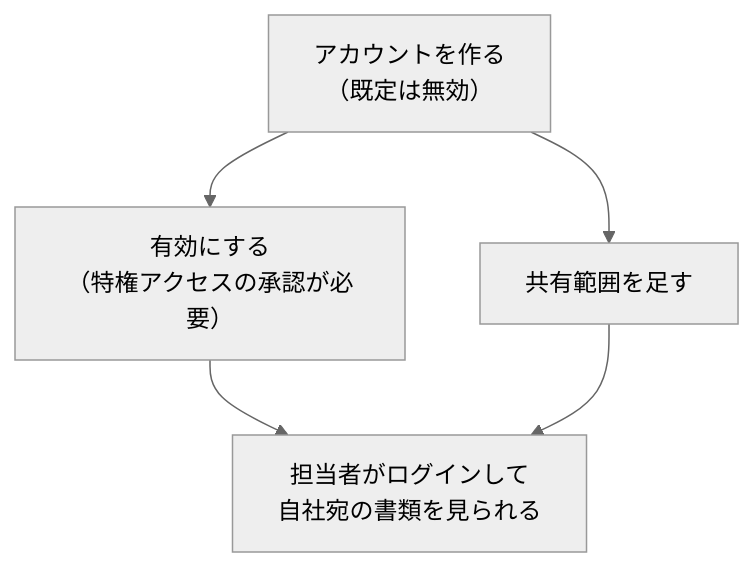
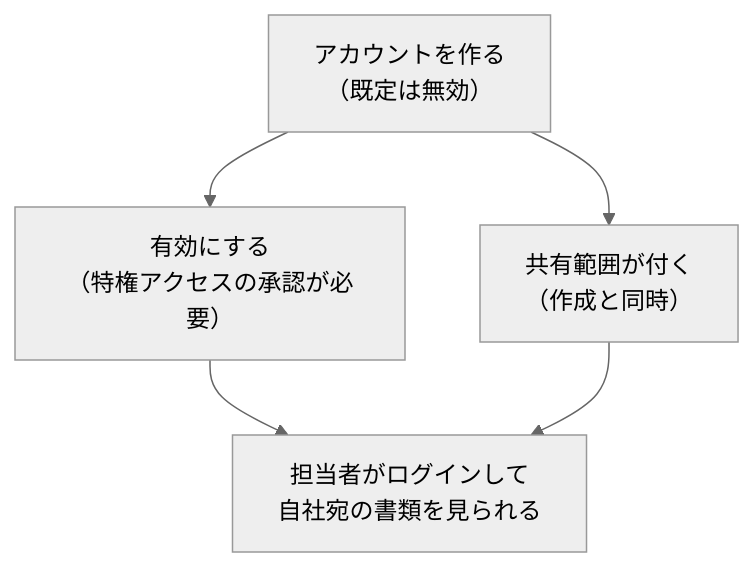
One commit to Kuisin/ckk-tool-v3 changed the diagram in coolify/apps/nextjs-web/content/manual/operations/system/portal/user.md. Above: the diagram before and after it, drawn with Mermaid (neutral theme). The commit also changed other lines of this file and 89 other files, not shown here.

````diff
--- a/coolify/apps/nextjs-web/content/manual/operations/system/portal/user.md
+++ b/coolify/apps/nextjs-web/content/manual/operations/system/portal/user.md
@@ -36,7 +52,7 @@
 ```mermaid
 flowchart TD
   c["アカウントを作る<br/>（既定は無効）"] --> a["有効にする<br/>（特権アクセスの承認が必要）"]
-  c --> s["共有範囲を足す"]
+  c --> s["共有範囲が付く<br/>（作成と同時）"]
   a --> v["担当者がログインして<br/>自社宛の書類を見られる"]
   s --> v
 ```
````
